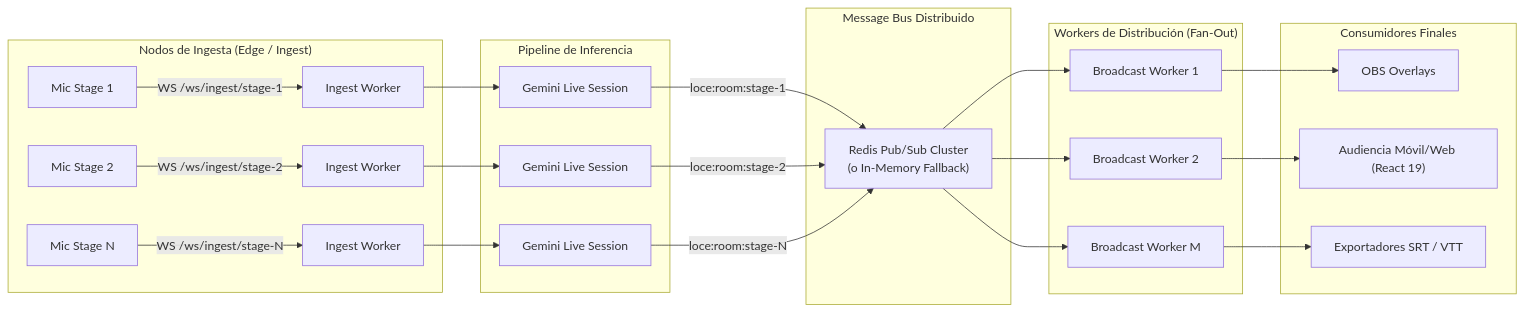
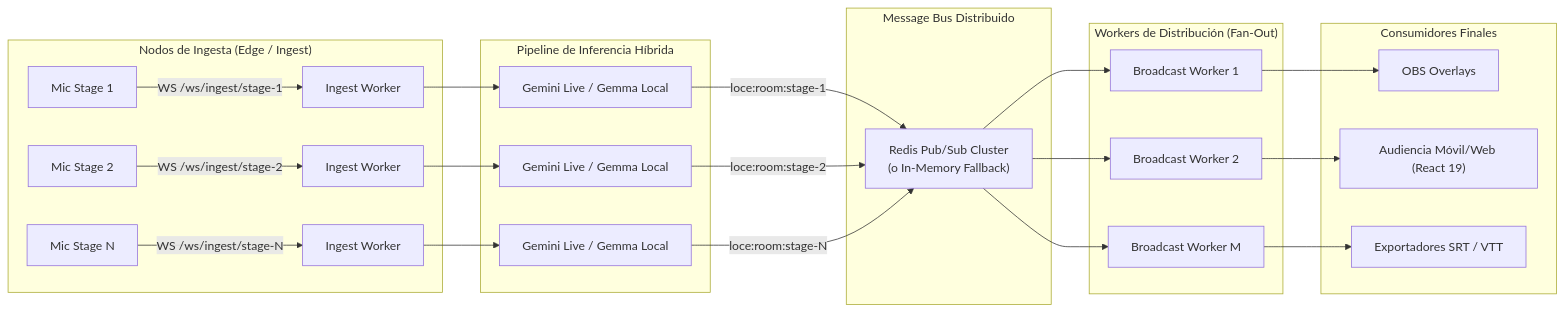
One commit to maximolopezchenlo-lab/loce-engine changed the diagram in README.md. Above: the diagram before and after it, drawn with Mermaid. The commit also changed other lines of this file and 1 other file, not shown here.

Commit message:
docs: update architecture with gemma on-premise, browser ingestion and add github actions ci

````diff
--- a/README.md
+++ b/README.md
@@ -78,32 +112,32 @@
 ```mermaid
 flowchart LR
     subgraph IngestNode["Nodos de Ingesta (Edge / Ingest)"]
         A1["Mic Stage 1"] -->|WS /ws/ingest/stage-1| I1["Ingest Worker"]
         A2["Mic Stage 2"] -->|WS /ws/ingest/stage-2| I2["Ingest Worker"]
         AN["Mic Stage N"] -->|WS /ws/ingest/stage-N| IN["Ingest Worker"]
     end
 
-    subgraph Inference["Pipeline de Inferencia"]
-        I1 --> Inf1["Gemini Live Session"]
-        I2 --> Inf2["Gemini Live Session"]
-        IN --> InfN["Gemini Live Session"]
+    subgraph Inference["Pipeline de Inferencia Híbrida"]
+        I1 --> Inf1["Gemini Live / Gemma Local"]
+        I2 --> Inf2["Gemini Live / Gemma Local"]
+        IN --> InfN["Gemini Live / Gemma Local"]
     end
 
     subgraph Bus["Message Bus Distribuido"]
         Inf1 -->|loce:room:stage-1| Redis["Redis Pub/Sub Cluster\n(o In-Memory Fallback)"]
         Inf2 -->|loce:room:stage-2| Redis
         InfN -->|loce:room:stage-N| Redis
     end
 
     subgraph EdgeDelivery["Workers de Distribución (Fan-Out)"]
         Redis --> W1["Broadcast Worker 1"]
         Redis --> W2["Broadcast Worker 2"]
         Redis --> WM["Broadcast Worker M"]
     end
 
     subgraph Viewers["Consumidores Finales"]
         W1 --> O1["OBS Overlays"]
         W2 --> AUD["Audiencia Móvil/Web (React 19)"]
         WM --> EXP["Exportadores SRT / VTT"]
     end
 ```
````
